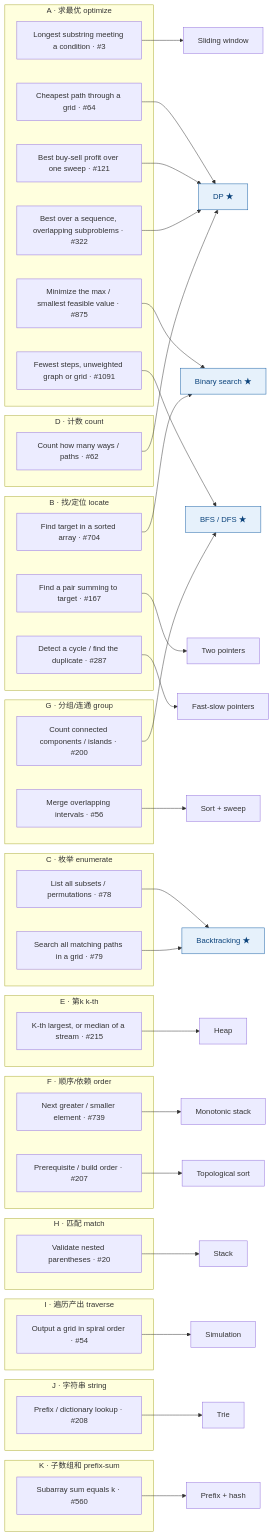
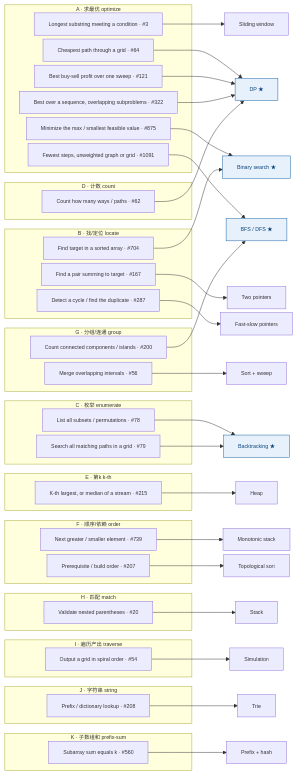
Before and after one commit to zhnzhang61/cs-resources: the diagram in lc-coverage-framework.md, drawn with Mermaid. The commit also changed other lines of this file, not shown here.

First line of the commit message:
Compact the method-map mermaid: keep block boxes, tighten spacing

````diff
--- a/lc-coverage-framework.md
+++ b/lc-coverage-framework.md
@@ -98,69 +98,70 @@
 ```mermaid
+%%{init: {'flowchart': {'nodeSpacing': 8, 'rankSpacing': 60, 'wrappingWidth': 420}, 'themeVariables': {'fontSize': '11px'}}}%%
 flowchart LR
   subgraph A["A · 求最优 optimize"]
     t1["Longest substring meeting a condition · #3"]
     t2["Minimize the max / smallest feasible value · #875"]
     t3["Fewest steps, unweighted graph or grid · #1091"]
     t4["Cheapest path through a grid · #64"]
     t5["Best buy-sell profit over one sweep · #121"]
     t6["Best over a sequence, overlapping subproblems · #322"]
   end
   subgraph B["B · 找/定位 locate"]
     t7["Find target in a sorted array · #704"]
     t8["Find a pair summing to target · #167"]
     t9["Detect a cycle / find the duplicate · #287"]
   end
   subgraph C["C · 枚举 enumerate"]
     t10["List all subsets / permutations · #78"]
     t11["Search all matching paths in a grid · #79"]
   end
   subgraph D["D · 计数 count"]
     t12["Count how many ways / paths · #62"]
   end
   subgraph E["E · 第k k-th"]
     t13["K-th largest, or median of a stream · #215"]
   end
   subgraph F["F · 顺序/依赖 order"]
     t14["Next greater / smaller element · #739"]
     t15["Prerequisite / build order · #207"]
   end
   subgraph G["G · 分组/连通 group"]
     t16["Count connected components / islands · #200"]
     t17["Merge overlapping intervals · #56"]
   end
   subgraph H["H · 匹配 match"]
     t18["Validate nested parentheses · #20"]
   end
   subgraph I["I · 遍历产出 traverse"]
     t19["Output a grid in spiral order · #54"]
   end
   subgraph J["J · 字符串 string"]
     t20["Prefix / dictionary lookup · #208"]
   end
   subgraph K["K · 子数组和 prefix-sum"]
     t21["Subarray sum equals k · #560"]
   end
   t1 --> aSW["Sliding window"]
   t2 --> aBS["Binary search ★"]
   t3 --> aBFS["BFS / DFS ★"]
   t4 --> aDP["DP ★"]
   t5 --> aDP
   t6 --> aDP
   t7 --> aBS
   t8 --> a2P["Two pointers"]
   t9 --> aFS["Fast-slow pointers"]
   t10 --> aBT["Backtracking ★"]
   t11 --> aBT
   t12 --> aDP
   t13 --> aHeap["Heap"]
   t14 --> aMS["Monotonic stack"]
   t15 --> aTopo["Topological sort"]
   t16 --> aBFS
   t17 --> aSweep["Sort + sweep"]
   t18 --> aStack["Stack"]
   t19 --> aSim["Simulation"]
   t20 --> aTrie["Trie"]
   t21 --> aPre["Prefix + hash"]
   classDef hub fill:#E6F1FB,stroke:#185FA5,color:#0C447C;
   class aBS,aBFS,aDP,aBT hub;
 ```
````
